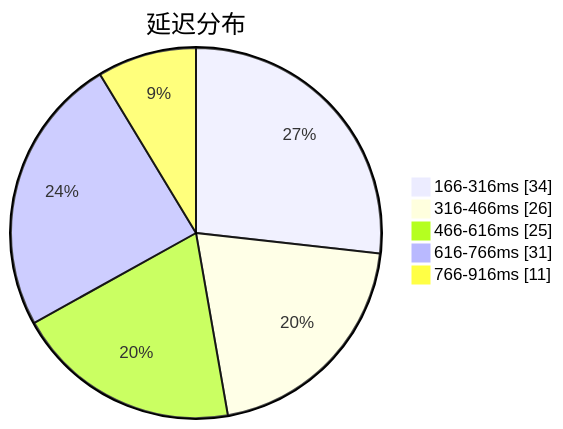
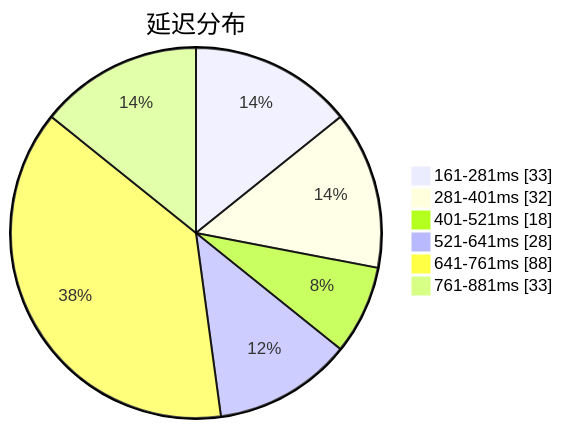
Before and after one commit to qjlxg/airport: the first of 3 diagrams in subs/statistics/tested_within.md, drawn with Mermaid. The commit also changed other lines of this file and 2 other files, not shown here.

````diff
--- a/subs/statistics/tested_within.md
+++ b/subs/statistics/tested_within.md
@@ -2,9 +2,10 @@
 ```mermaid
 pie showData
 title 延迟分布
-"166-316ms" : 34
-"316-466ms" : 26
-"466-616ms" : 25
-"616-766ms" : 31
-"766-916ms" : 11
+"161-281ms" : 33
+"281-401ms" : 32
+"401-521ms" : 18
+"521-641ms" : 28
+"641-761ms" : 88
+"761-881ms" : 33
 ```
````
